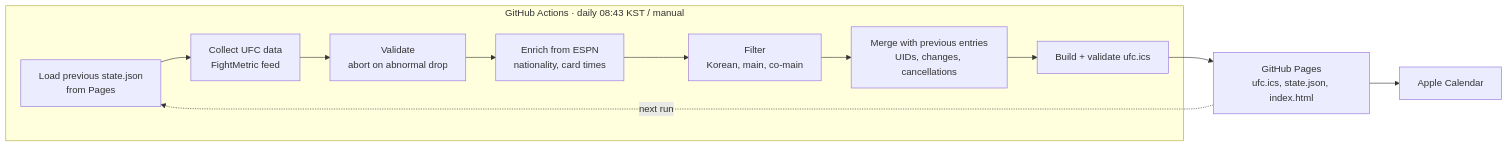
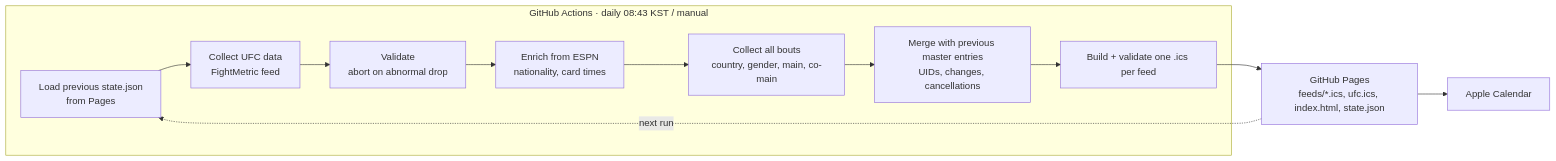
Before and after one commit to Jin-uu/ufc-calendar: the diagram in README.md, drawn with Mermaid. The commit also changed other lines of this file and 17 other files, not shown here.

First line of the commit message:
Add feed settings page with per-combination calendars

````diff
--- a/README.md
+++ b/README.md
@@ -21,14 +33,14 @@
 ```mermaid
 flowchart LR
     subgraph GA[GitHub Actions · daily 08:43 KST / manual]
         A[Load previous state.json<br/>from Pages] --> B[Collect UFC data<br/>FightMetric feed]
         B --> C[Validate<br/>abort on abnormal drop]
         C --> D[Enrich from ESPN<br/>nationality, card times]
-        D --> E[Filter<br/>Korean, main, co-main]
-        E --> F[Merge with previous entries<br/>UIDs, changes, cancellations]
-        F --> G[Build + validate ufc.ics]
+        D --> E[Collect all bouts<br/>country, gender, main, co-main]
+        E --> F[Merge with previous master entries<br/>UIDs, changes, cancellations]
+        F --> G[Build + validate one .ics per feed]
     end
-    G --> H[GitHub Pages<br/>ufc.ics, state.json, index.html]
+    G --> H[GitHub Pages<br/>feeds/*.ics, ufc.ics, index.html, state.json]
     H --> I[Apple Calendar]
     H -. next run .-> A
 ```
````
